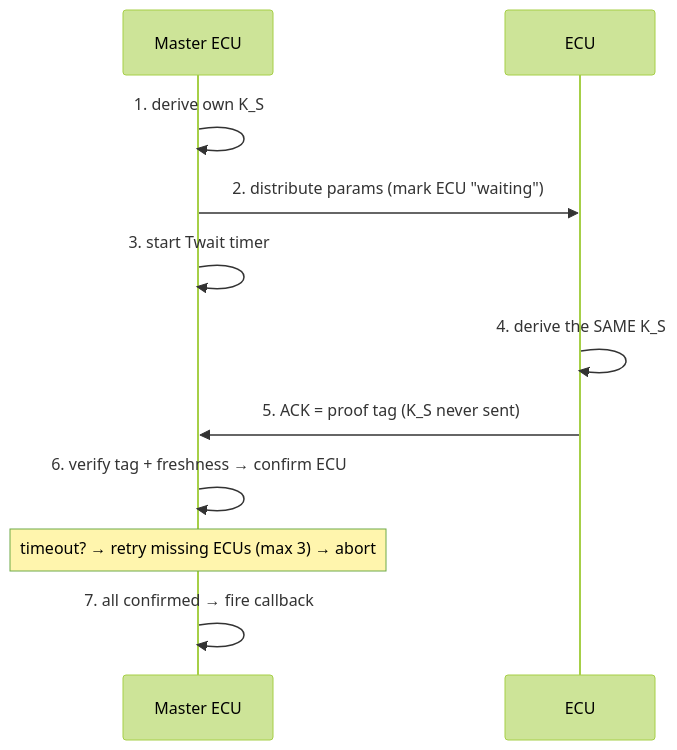
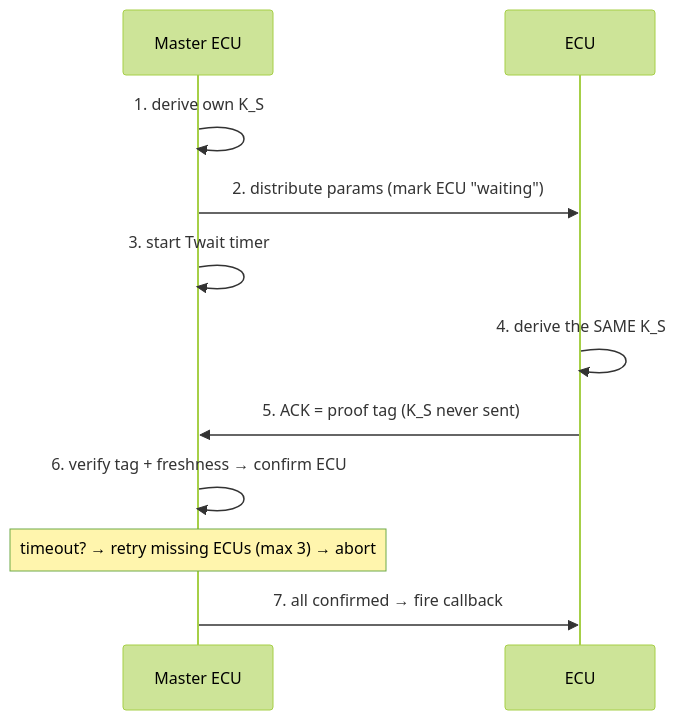
Before and after one commit to furkanoking/CANBus-Key-Distribution: the diagram in README.md, drawn with Mermaid (forest theme).

Commit message:
read me updated

````diff
--- a/README.md
+++ b/README.md
@@ -15,13 +15,13 @@
 ```mermaid
 sequenceDiagram
     participant M as Master ECU
     participant E as ECU
     M->>M: 1. derive own K_S
     M->>E: 2. distribute params (mark ECU "waiting")
     M->>M: 3. start Twait timer
     E->>E: 4. derive the SAME K_S
     E->>M: 5. ACK = proof tag (K_S never sent)
     M->>M: 6. verify tag + freshness → confirm ECU
     Note over M: timeout? → retry missing ECUs (max 3) → abort
-    M->>M: 7. all confirmed → fire callback
+    M->>E: 7. all confirmed → fire callback
 ```
````
